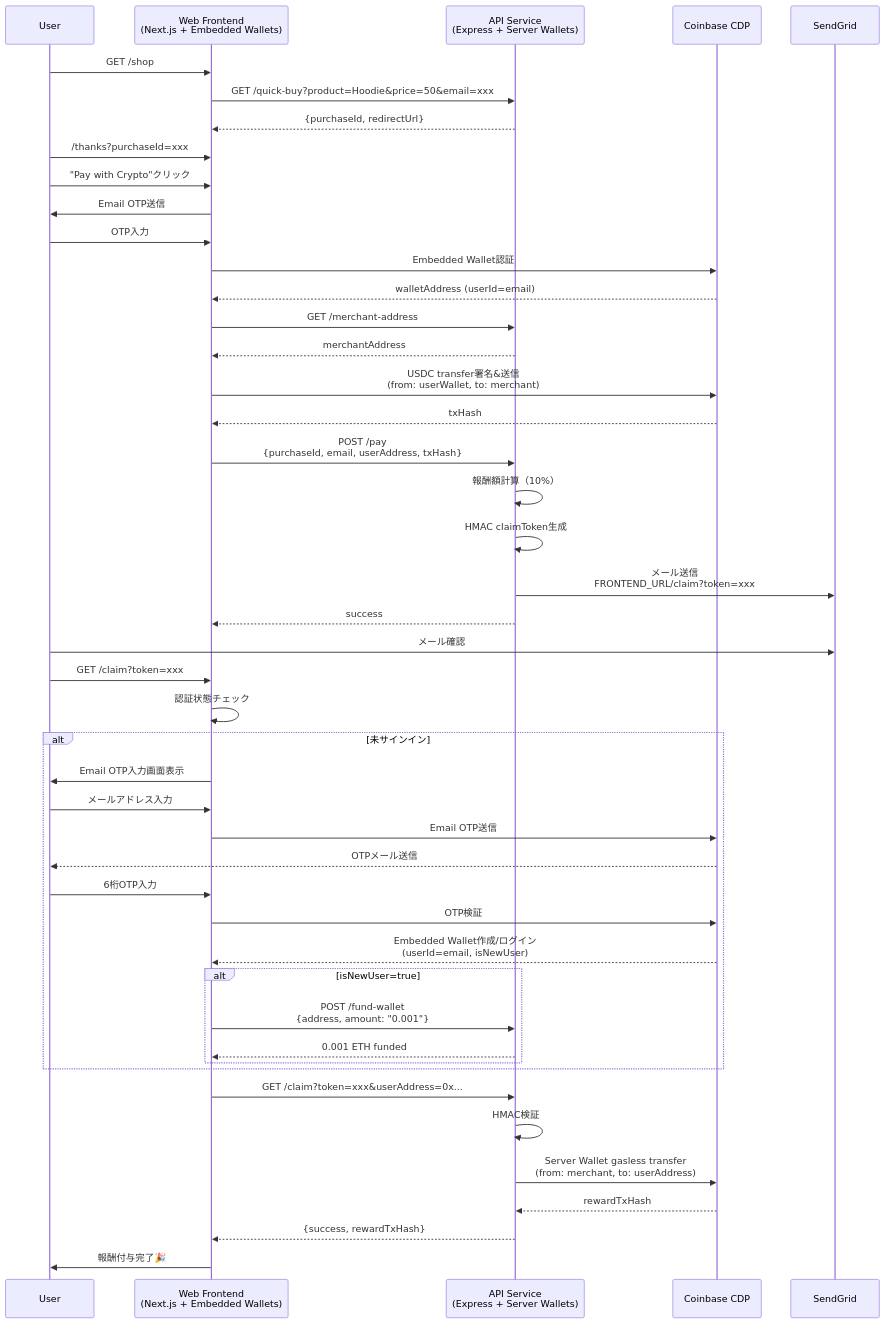
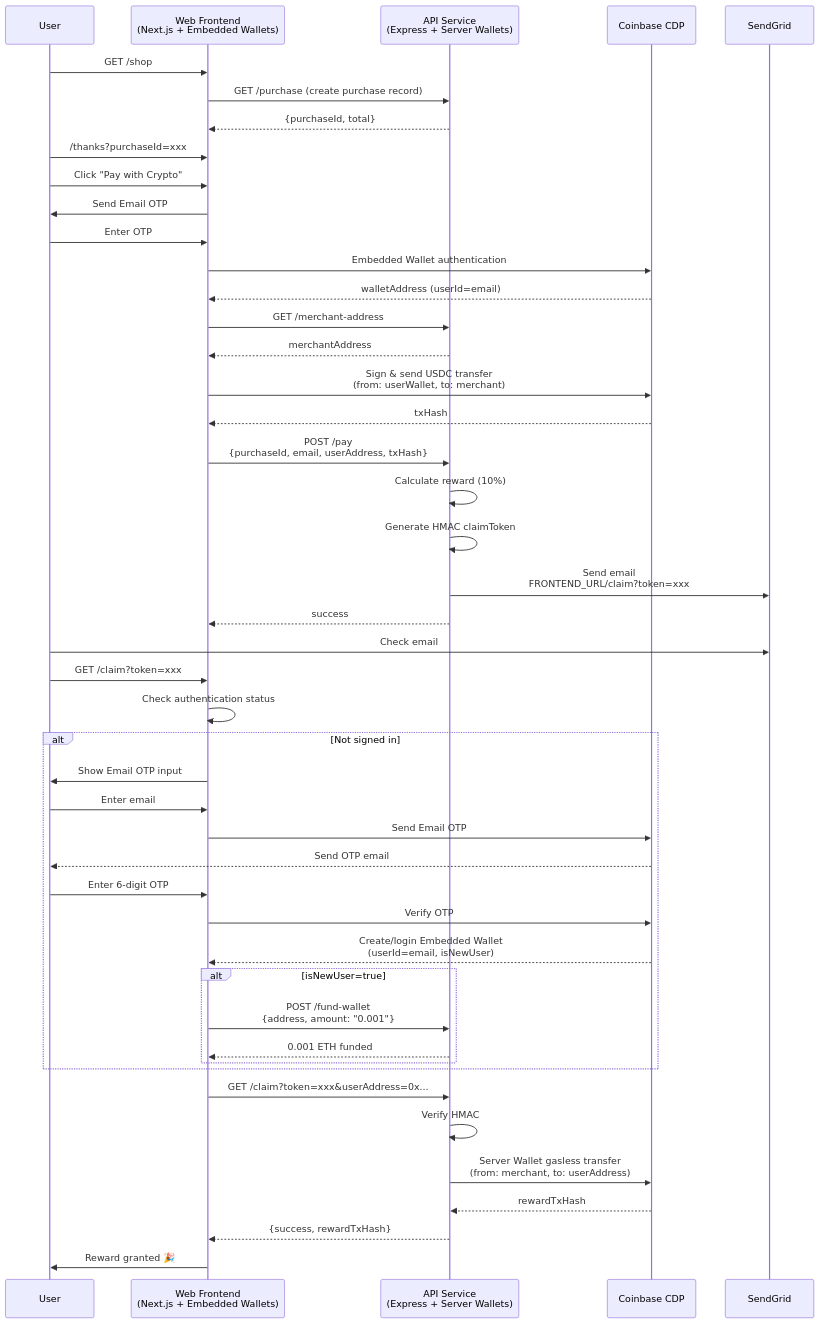
Before and after one commit to rtree/crypify: the diagram in specs/MVP_FINALDESIGN.md, drawn with Mermaid. The commit also changed other lines of this file and 13 other files, not shown here.

First line of the commit message:
docs: Update documentation to English and reflect current architecture

````diff
--- a/specs/MVP_FINALDESIGN.md
+++ b/specs/MVP_FINALDESIGN.md
@@ -115,63 +117,57 @@
 ```mermaid
 sequenceDiagram
     participant User
     participant WebFront as Web Frontend<br/>(Next.js + Embedded Wallets)
     participant API as API Service<br/>(Express + Server Wallets)
     participant CDP as Coinbase CDP
     participant SendGrid
 
-    %% Quick Buy
     User->>WebFront: GET /shop
-    WebFront->>API: GET /quick-buy?product=Hoodie&price=50&email=xxx
-    API-->>WebFront: {purchaseId, redirectUrl}
+    WebFront->>API: GET /purchase (create purchase record)
+    API-->>WebFront: {purchaseId, total}
     
-    %% 決済画面
     User->>WebFront: /thanks?purchaseId=xxx
+    User->>WebFront: Click "Pay with Crypto"
     
-    %% Embedded Wallets認証
-    User->>WebFront: "Pay with Crypto"クリック
-    WebFront->>User: Email OTP送信
-    User->>WebFront: OTP入力
-    WebFront->>CDP: Embedded Wallet認証
+    WebFront->>User: Send Email OTP
+    User->>WebFront: Enter OTP
+    WebFront->>CDP: Embedded Wallet authentication
     CDP-->>WebFront: walletAddress (userId=email)
     
-    %% USDC支払い（フロント署名）
     WebFront->>API: GET /merchant-address
     API-->>WebFront: merchantAddress
-    WebFront->>CDP: USDC transfer署名&送信<br/>(from: userWallet, to: merchant)
+    WebFront->>CDP: Sign & send USDC transfer<br/>(from: userWallet, to: merchant)
     CDP-->>WebFront: txHash
     
-    %% 支払い通知
     WebFront->>API: POST /pay<br/>{purchaseId, email, userAddress, txHash}
-    API->>API: 報酬額計算（10%）
-    API->>API: HMAC claimToken生成
-    API->>SendGrid: メール送信<br/>FRONTEND_URL/claim?token=xxx
+    API->>API: Calculate reward (10%)
+    API->>API: Generate HMAC claimToken
+    API->>SendGrid: Send email<br/>FRONTEND_URL/claim?token=xxx
     API-->>WebFront: success
     
-    %% Claim処理（Embedded Wallets自動作成）
-    User->>SendGrid: メール確認
+    User->>SendGrid: Check email
     User->>WebFront: GET /claim?token=xxx
-    WebFront->>WebFront: 認証状態チェック
+    WebFront->>WebFront: Check authentication status
     
-    alt 未サインイン
-        WebFront->>User: Email OTP入力画面表示
-        User->>WebFront: メールアドレス入力
-        WebFront->>CDP: Email OTP送信
-        CDP-->>User: OTPメール送信
-        User->>WebFront: 6桁OTP入力
-        WebFront->>CDP: OTP検証
-        CDP-->>WebFront: Embedded Wallet作成/ログイン<br/>(userId=email, isNewUser)
+    alt Not signed in
+        WebFront->>User: Show Email OTP input
+        User->>WebFront: Enter email
+        WebFront->>CDP: Send Email OTP
+        CDP-->>User: Send OTP email
+        User->>WebFront: Enter 6-digit OTP
+        WebFront->>CDP: Verify OTP
+        CDP-->>WebFront: Create/login Embedded Wallet<br/>(userId=email, isNewUser)
         
         alt isNewUser=true
             WebFront->>API: POST /fund-wallet<br/>{address, amount: "0.001"}
             API-->>WebFront: 0.001 ETH funded
         end
     end
     
     WebFront->>API: GET /claim?token=xxx&userAddress=0x...
-    API->>API: HMAC検証
+    API->>API: Verify HMAC
     API->>CDP: Server Wallet gasless transfer<br/>(from: merchant, to: userAddress)
     CDP-->>API: rewardTxHash
     API-->>WebFront: {success, rewardTxHash}
-    WebFront->>User: 報酬付与完了🎉
+    WebFront->>User: Reward granted 🎉
 ```
````
